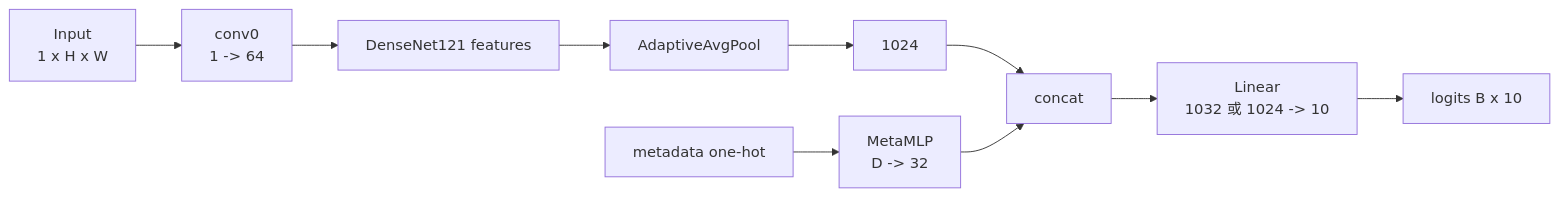
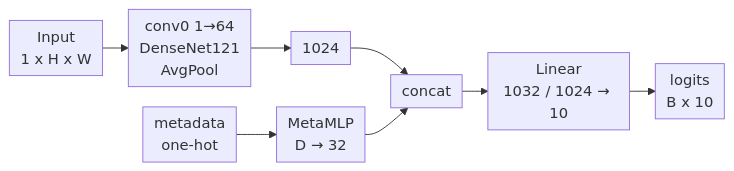
Before and after one commit to cixiy1/Yuki-blog: the seventh of 9 diagrams in src/content/posts/chest-smart-diagnosis.md, drawn with Mermaid. The commit also changed other lines of this file, not shown here.

First line of the commit message:
fix(posts): 架构图在深色模式下字太小发灰

````diff
--- a/src/content/posts/chest-smart-diagnosis.md
+++ b/src/content/posts/chest-smart-diagnosis.md
@@ -376,12 +363,10 @@
 ```mermaid
+%%{init: {"flowchart": {"nodeSpacing": 22, "rankSpacing": 28, "padding": 6, "wrappingWidth": 130}}}%%
 flowchart LR
-  X["Input<br/>1 x H x W"] --> Stem["conv0<br/>1 -> 64"]
-  Stem --> Dense["DenseNet121 features"]
-  Dense --> Pool["AdaptiveAvgPool"]
-  Pool --> Feat["1024"]
-  Meta["metadata one-hot"] --> MLP["MetaMLP<br/>D -> 32"]
+  X["Input<br/>1 x H x W"] --> Backbone["conv0 1→64<br/>DenseNet121<br/>AvgPool"] --> Feat["1024"]
+  Meta["metadata<br/>one-hot"] --> MLP["MetaMLP<br/>D → 32"]
   Feat --> Concat["concat"]
   MLP --> Concat
-  Concat --> Head["Linear<br/>1032 或 1024 -> 10"]
-  Head --> Logits["logits B x 10"]
+  Concat --> Head["Linear<br/>1032 / 1024 → 10"]
+  Head --> Logits["logits<br/>B x 10"]
 ```
````
